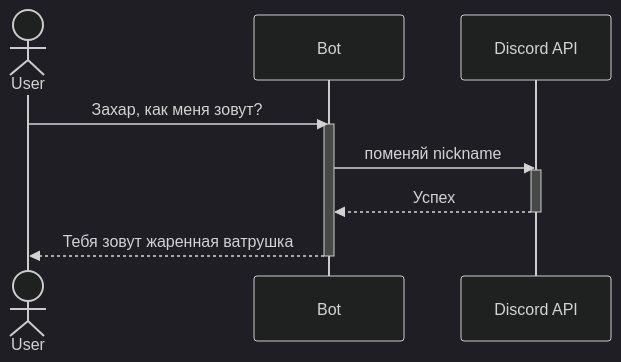
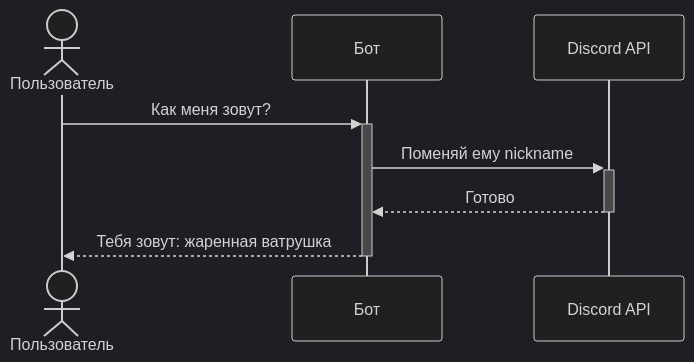
One commit to assisken/zakhar changed the first of 3 diagrams in docs/commands.md. Above: the diagram before and after it, drawn with Mermaid (dark theme). The commit also changed other lines of this file, not shown here.

````diff
--- a/docs/commands.md
+++ b/docs/commands.md
@@ -5,15 +5,13 @@
 ```mermaid
 sequenceDiagram
-    actor User
-    participant Bot
-    participant Discord as Discord API
+    actor U as Пользователь
+    participant B as Бот
+    participant D as Discord API
 
-    User->>Bot: Захар, как меня зовут?
-    activate Bot
-    Bot->>Discord: поменяй nickname
-    activate Discord
-    Discord-->>Bot: Успех
-    deactivate Discord
-    Bot-->>User: Тебя зовут жаренная ватрушка
-    deactivate Bot
+    U->>+B: Как меня зовут?
+
+    B->>+D: Поменяй ему nickname
+    D-->>-B: Готово
+
+    B-->>-U: Тебя зовут: жаренная ватрушка
 ```
````
